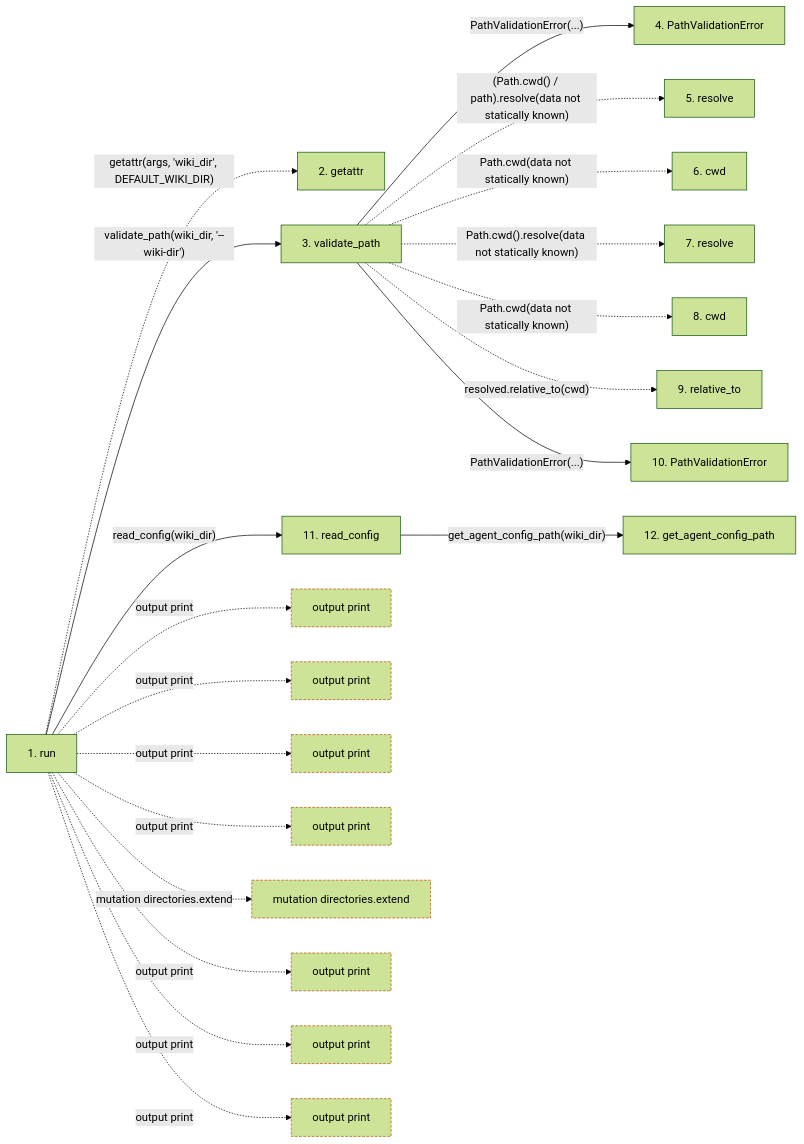
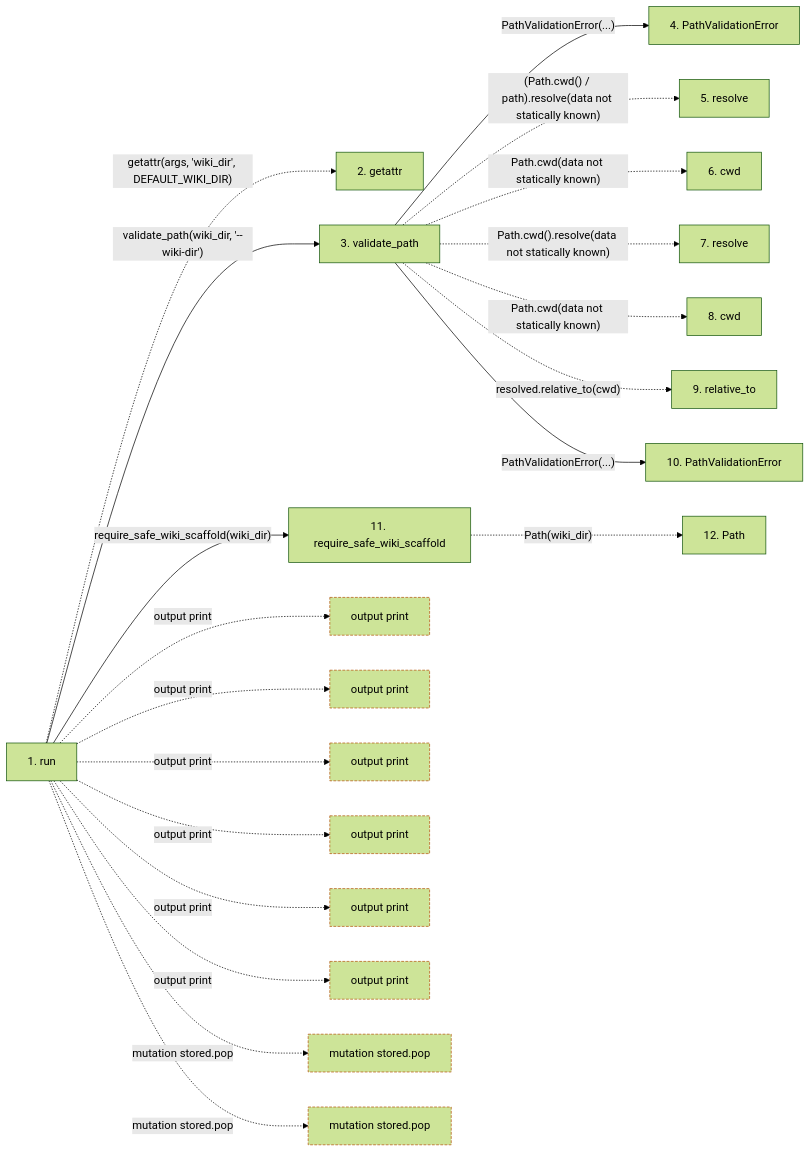
Before and after one commit to Denissvgn/python-wiki-llm: the second of 2 diagrams in docs/llm_wiki/flows/cli-init.md, drawn with Mermaid (forest theme). The commit also changed other lines of this file and 364 other files, not shown here.

````diff
--- a/docs/llm_wiki/flows/cli-init.md
+++ b/docs/llm_wiki/flows/cli-init.md
@@ -86,57 +87,56 @@
 ```mermaid
 flowchart LR
     s1["1. run"]
     s2["2. getattr"]
     s3["3. validate_path"]
     s4["4. PathValidationError"]
     s5["5. resolve"]
     s6["6. cwd"]
     s7["7. resolve"]
     s8["8. cwd"]
     s9["9. relative_to"]
     s10["10. PathValidationError"]
-    s11["11. read_config"]
-    s12["12. get_agent_config_path"]
+    s11["11. require_safe_wiki_scaffold"]
+    s12["12. Path"]
     s1 -. "getattr(args, 'wiki_dir', DEFAULT_WIKI_DIR)" .-> s2
     s1 -->|"validate_path(wiki_dir, '--wiki-dir')"| s3
     s3 -->|"PathValidationError(...)"| s4
     s3 -. "(Path.cwd() / path).resolve(data not statically known)" .-> s5
     s3 -. "Path.cwd(data not statically known)" .-> s6
     s3 -. "Path.cwd().resolve(data not statically known)" .-> s7
     s3 -. "Path.cwd(data not statically known)" .-> s8
     s3 -. "resolved.relative_to(cwd)" .-> s9
     s3 -->|"PathValidationError(...)"| s10
-    s1 -->|"read_config(wiki_dir)"| s11
-    s11 -->|"get_agent_config_path(wiki_dir)"| s12
+    s1 -->|"require_safe_wiki_scaffold(wiki_dir)"| s11
+    s11 -. "Path(wiki_dir)" .-> s12
     b0["output print"]
     s1 -. "output print" .-> b0
     b1["output print"]
     s1 -. "output print" .-> b1
     b2["output print"]
     s1 -. "output print" .-> b2
     b3["output print"]
     s1 -. "output print" .-> b3
-    b4["mutation directories.extend"]
-    s1 -. "mutation directories.extend" .-> b4
+    b4["output print"]
+    s1 -. "output print" .-> b4
     b5["output print"]
     s1 -. "output print" .-> b5
-    b6["output print"]
-    s1 -. "output print" .-> b6
-    b7["output print"]
-    s1 -. "output print" .-> b7
+    b6["mutation stored.pop"]
+    s1 -. "mutation stored.pop" .-> b6
+    b7["mutation stored.pop"]
+    s1 -. "mutation stored.pop" .-> b7
     click s1 "../modules/init_cmd.md"
     click s3 "../modules/config.md"
     click s4 "../modules/config.md"
     click s10 "../modules/config.md"
-    click s11 "../modules/config.md"
-    click s12 "../modules/config.md"
+    click s11 "../modules/wiki_lifecycle.md"
     classDef boundary stroke:#b45309,stroke-dasharray: 4 2
     class b0 boundary
     class b1 boundary
     class b2 boundary
     class b3 boundary
     class b4 boundary
     class b5 boundary
     class b6 boundary
     class b7 boundary
 ```
````
